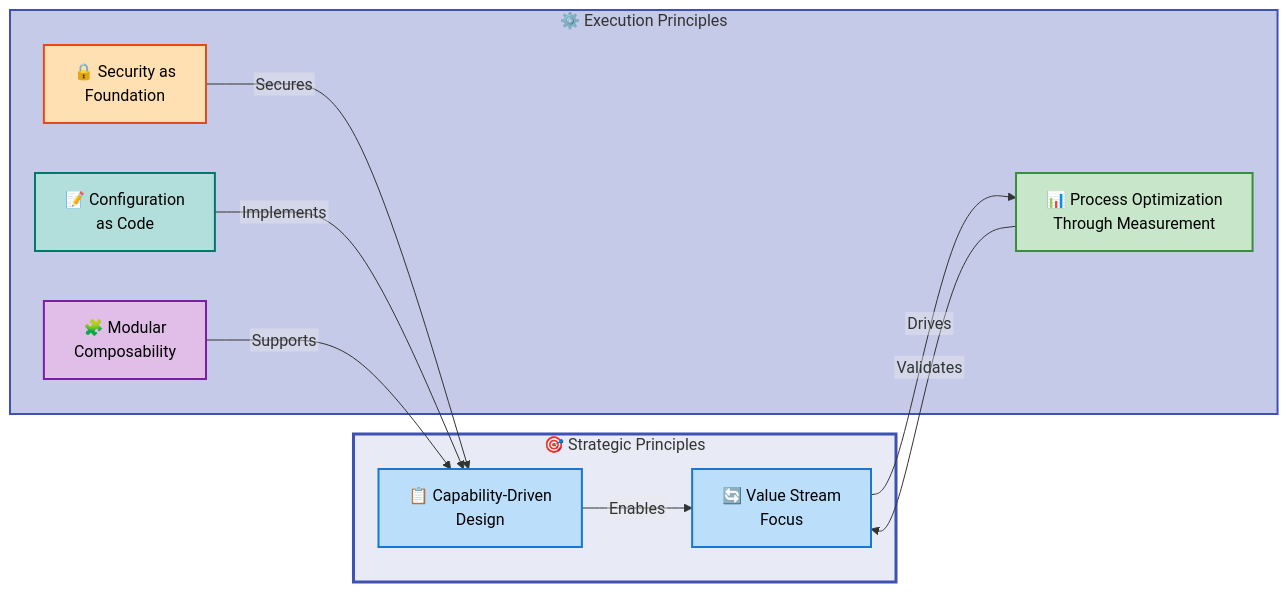
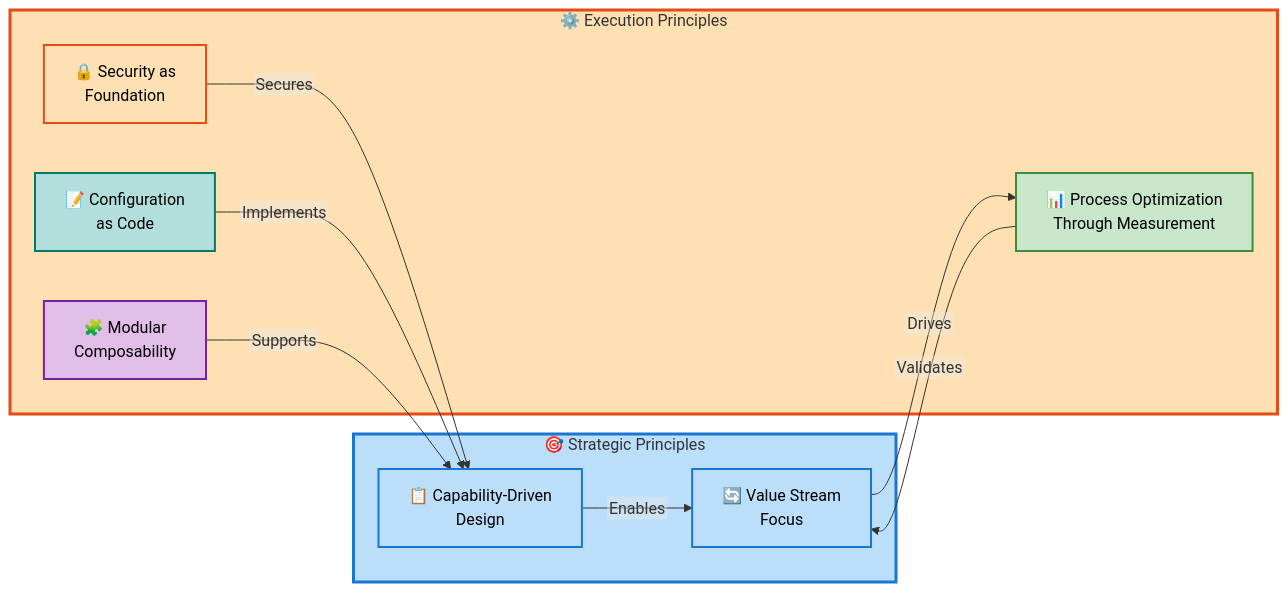
Before and after one commit to Evilazaro/DevExp-DevBox: the third of 4 diagrams in docs/architecture/business-layer-architecture-bdat.md, drawn with Mermaid. The commit also changed other lines of this file, not shown here.

Commit message:
refactor: update flowchart styles for improved visual clarity and consistency

````diff
--- a/docs/architecture/business-layer-architecture-bdat.md
+++ b/docs/architecture/business-layer-architecture-bdat.md
@@ -551,38 +551,38 @@
 ```mermaid
 ---
 config:
   flowchart:
     htmlLabels: false
 ---
 flowchart LR
     accTitle: Business Architecture Principles Hierarchy
     accDescr: Six governing principles organized by strategic impact with enforcement relationships
 
     classDef mdBlue fill:#BBDEFB,stroke:#1976D2,stroke-width:2px,color:#000
     classDef mdOrange fill:#FFE0B2,stroke:#E64A19,stroke-width:2px,color:#000
     classDef mdTeal fill:#B2DFDB,stroke:#00796B,stroke-width:2px,color:#000
     classDef mdGreen fill:#C8E6C9,stroke:#388E3C,stroke-width:2px,color:#000
     classDef mdPurple fill:#E1BEE7,stroke:#7B1FA2,stroke-width:2px,color:#000
 
     subgraph StrategicPrinciples["🎯 Strategic Principles"]
         CDD["📋 Capability-Driven<br/>Design"]:::mdBlue
         VSF["🔄 Value Stream<br/>Focus"]:::mdBlue
     end
 
     subgraph ExecutionPrinciples["⚙️ Execution Principles"]
         SEC["🔒 Security as<br/>Foundation"]:::mdOrange
         CAC["📝 Configuration<br/>as Code"]:::mdTeal
         POM["📊 Process Optimization<br/>Through Measurement"]:::mdGreen
         MOD["🧩 Modular<br/>Composability"]:::mdPurple
     end
 
     CDD -->|"Enables"| VSF
     VSF -->|"Drives"| POM
     SEC -->|"Secures"| CDD
     CAC -->|"Implements"| CDD
     MOD -->|"Supports"| CDD
     POM -->|"Validates"| VSF
 
-    style StrategicPrinciples fill:#E8EAF6,stroke:#3F51B5,stroke-width:3px
-    style ExecutionPrinciples fill:#C5CAE9,stroke:#3F51B5,stroke-width:2px
+    style StrategicPrinciples fill:#BBDEFB,stroke:#1976D2,stroke-width:3px
+    style ExecutionPrinciples fill:#FFE0B2,stroke:#E64A19,stroke-width:3px
 ```
````
